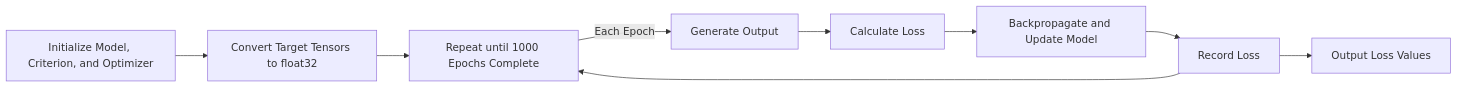
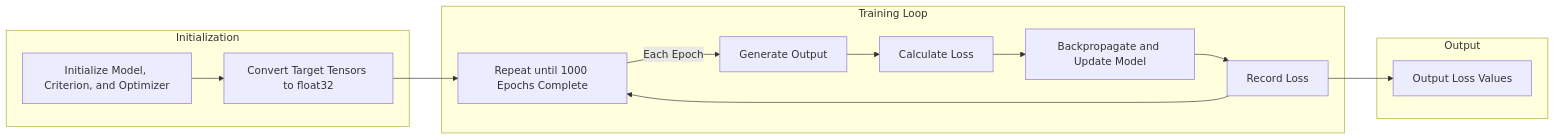
Before and after one commit to comp-tox-jhu/CompToxLab: the diagram in docs/machine_learning/deep_learning/04_autoencoder.md, drawn with Mermaid.

````diff
--- a/docs/machine_learning/deep_learning/04_autoencoder.md
+++ b/docs/machine_learning/deep_learning/04_autoencoder.md
@@ -165,14 +165,23 @@
     ``` mermaid
-    graph LR
-    A[Initialize Model, Criterion, and Optimizer]
-    A --> B[Convert Target Tensors to float32]
-    B --> C[Loop: 1000 Epochs]
-    
-    C -->|Each Epoch| D[Generate Output]
-    D --> E[Calculate Loss]
-    E --> F[Backpropagate and Update Model]
-    F --> G[Record Loss]
-    
-    G --> C[Repeat until 1000 Epochs Complete]
-    G --> H[Output Loss Values]
+    flowchart LR
+    subgraph Initialization
+        A[Initialize Model, Criterion, and Optimizer]
+        B[Convert Target Tensors to float32]
+    end
+
+    subgraph Training Loop
+        C[Loop: 1000 Epochs]
+        C -->|Each Epoch| D[Generate Output]
+        D --> E[Calculate Loss]
+        E --> F[Backpropagate and Update Model]
+        F --> G[Record Loss]
+        G --> C[Repeat until 1000 Epochs Complete]
+    end
+
+    subgraph Output
+        H[Output Loss Values]
+    end
+
+    A --> B --> C
+    G --> H
     ```
````
